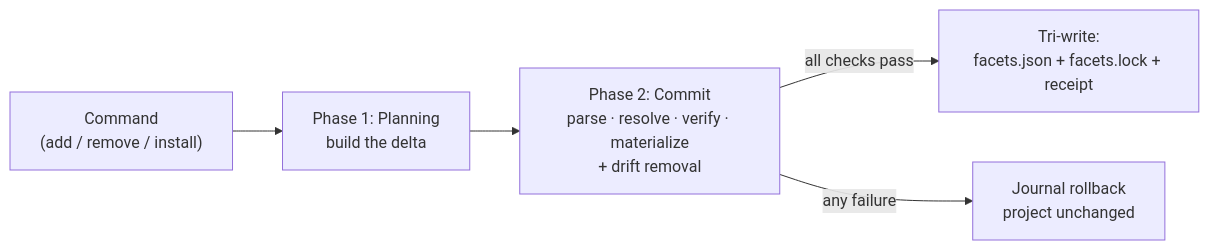
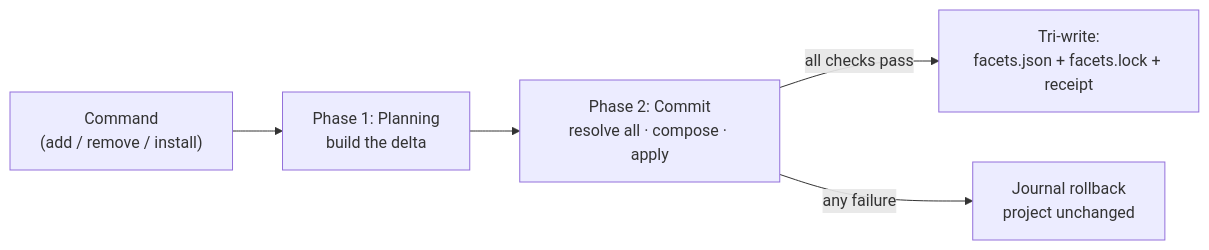
The diagram in docs/specification/install.mdx (agent-facets/facets), drawn with Mermaid before and after one commit. The commit also changed other lines of this file and 26 other files, not shown here.

First line of the commit message:
Add cross-facet name collision resolution, asset aliasing/omission, manifest 0.1, lockfile 0.3, and Resolve-all → Compose → Apply pipeline (#482)

````diff
--- a/docs/specification/install.mdx
+++ b/docs/specification/install.mdx
@@ -34,7 +36,7 @@
 ```mermaid
 flowchart LR
     CMD["Command<br/>(add / remove / install)"] --> PLAN["Phase 1: Planning<br/>build the delta"]
-    PLAN --> COMMIT["Phase 2: Commit<br/>parse · resolve · verify · materialize<br/>+ drift removal"]
+    PLAN --> COMMIT["Phase 2: Commit<br/>resolve all · compose · apply"]
     COMMIT -->|all checks pass| OK["Tri-write:<br/>facets.json + facets.lock + receipt"]
     COMMIT -->|any failure| RB["Journal rollback<br/>project unchanged"]
 ```
````
